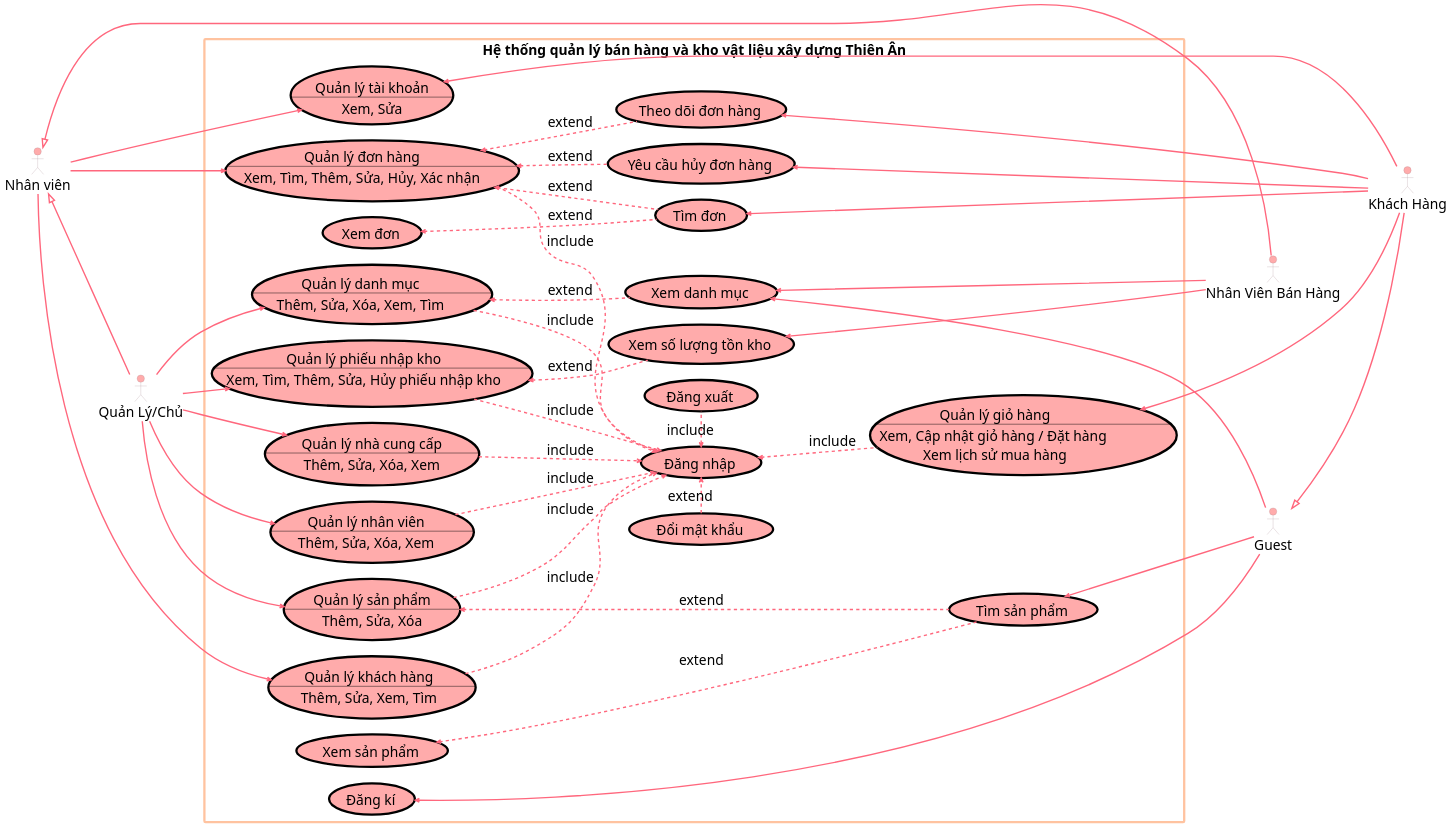
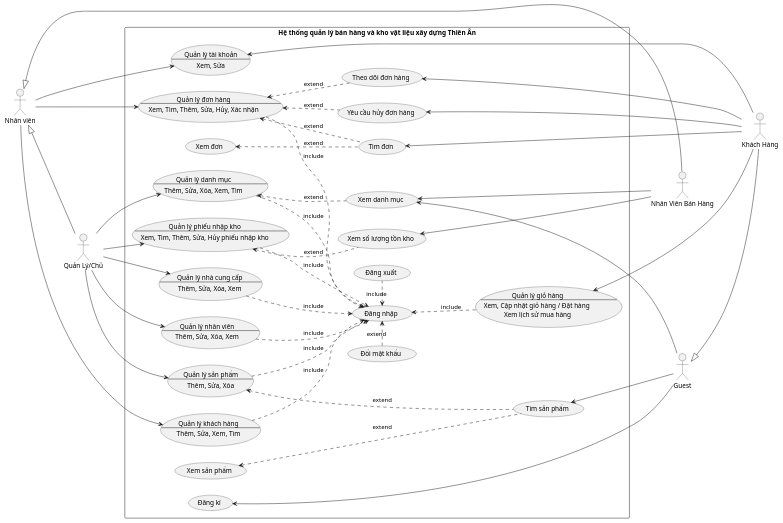
The second of 2 diagrams in assets/plantuml/Oris/Oris-NewUC.puml (ThanhdatOris/LAB2211), drawn with PlantUML before and after one commit. The commit also changed other lines of this file, not shown here.

```diff
--- a/assets/plantuml/Oris/Oris-NewUC.puml
+++ b/assets/plantuml/Oris/Oris-NewUC.puml
@@ -203,194 +200,160 @@
 @startuml
 
 skinparam shadowing false
-skinparam defaultFontName Montserrat
-skinparam defaultFontSize 30
-skinparam titleFontSize 50
-skinparam ArrowThickness 3
-skinparam ArrowMessageAlignment center
-skinparam ArrowHeadColor #FF677D
-
-
-skinparam note {
-    BackgroundColor #FFDDC1
-    BorderColor #FFABAB
-    FontName Montserrat
-}
-skinparam usecase {
-    BackgroundColor #FFABAB
-    BorderColor #000
-    ArrowColor #FF677D
-    FontName Montserrat
-    BorderThickness 5
-}
-skinparam actor {
-    BackgroundColor #FFABAB
-    BorderColor #A28089
-    FontName "Montserrat BLack"
-    
-}
-
-skinparam rectangle {
-    FontName "Montserrat BLack"
-    BorderColor #FFC3A0
-    BorderThickness 5
-    ArrowColor #FF677D
-}
-
 left to right direction
 
 '------------- Actor -------------
 
 actor "Nhân viên" as NV
 actor "Quản Lý/Chủ" as NVQL
 actor "Nhân Viên Bán Hàng" as NVBH
 actor "Guest" as GUEST
 actor "Khách Hàng" as KH
 
     '----------- Kế thừa -----------
 
     ' NVQL --|> NV
     NV <|-- NVQL
     ' NVBH --|> NV
     NV <|-- NVBH
     ' KH --|> GUEST
     GUEST <|-- KH
 
 '------------- Boundary -------------
 
 rectangle "Hệ thống quản lý bán hàng và kho vật liệu xây dựng Thiên Ân" {
 
     '>>>>>>>>>>>>>>> Khai báo >>>>>>>>>>>>>>>
 
     '------------- UceeCase Tổng quát -------------
 
     'Quản lý Tài khoản
     Usecase QLTK as "Quản lý tài khoản
     --
     Xem, Sửa"
 
     'Quản lý Danh mục
     Usecase QLDM as "Quản lý danh mục
     --
     Thêm, Sửa, Xóa, Xem, Tìm"
 
     'Quản lý Kho hàng
     Usecase QLKHO as "Quản lý phiếu nhập kho
     --
     Xem, Tìm, Thêm, Sửa, Hủy phiếu nhập kho"
 
     'Quản lý Nhân viên
     Usecase QLNV as "Quản lý nhân viên
     --
     Thêm, Sửa, Xóa, Xem"
 
     'Quản lý Nhà cung cấp
     Usecase QLNCC as "Quản lý nhà cung cấp
     --
     Thêm, Sửa, Xóa, Xem"
 
     'Quản lý Đơn hàng
     Usecase QLDH as "Quản lý đơn hàng
     --
     Xem, Tìm, Thêm, Sửa, Hủy, Xác nhận"
 
     'Quản lý Sản phẩm
     Usecase QLSP as "Quản lý sản phẩm
     --
     Thêm, Sửa, Xóa"
 
     'Quản lý Giỏ hàng
     Usecase QLGH as "Quản lý giỏ hàng
     --
     Xem, Cập nhật giỏ hàng / Đặt hàng \nXem lịch sử mua hàng"
 
     'Quản lý Khách hàng
     Usecase QLKH as "Quản lý khách hàng
     --
     Thêm, Sửa, Xem, Tìm"
 
     '------------- UceeCase Chi tiết -------------
 
     (Xem danh mục) as XEM_DMSP
     (Xem số lượng tồn kho) as XEM_HANG
     (Tìm đơn) as TIM_DH
     (Xem đơn) as XEM_DH
     (Theo dõi đơn hàng) as THEO_DOI_DH
     (Yêu cầu hủy đơn hàng) as YCHUY_DH
     (Xem sản phẩm) as XEM_SP
     (Tìm sản phẩm) as TIM_SP
     
     (Đăng xuất) as Logout
     (Đăng nhập) as Login
     (Đăng kí) as SignUp
     (Đổi mật khẩu) as ChangePass
 
     '>>>>>>>>>>>>>>> Hướng >>>>>>>>>>>>>>
 
     Login <. Logout: include
     ChangePass .> Login : extend
     
     'Tất cả các usecase đều include Login
     QLDM ..> Login : include
     QLDH ..> Login : include
     QLSP ..> Login : include
     QLNCC ..> Login : include
     QLKH ..> Login : include
     QLNV ..> Login : include
     QLKHO ..> Login : include
     Login <.. QLGH: include
 
     '----------- Nhân viên (Parent) -----------
     
     NV --> QLDH
     NV --> QLTK
     NV --> QLKH
 
     '----------- Quản lý -----------
 
     NVQL --> QLDM
     NVQL --> QLKHO
     NVQL --> QLNV
     NVQL --> QLNCC
     NVQL --> QLSP
 
     'Sản phẩm
     QLSP <... TIM_SP: extend
 
     'Danh mục sp
     QLDM <.. XEM_DMSP: extend
 
     'Kho hàng
     QLKHO <.. XEM_HANG  : extend
 
     'Đơn hàng
     QLDH <.. TIM_DH: extend
 
     '----------- Nhân Viên Bán Hàng -----------
 
     ' NVBH ---> XEM_HANG
     ' NVBH --> XEM_DMSP
 
     XEM_HANG <--- NVBH
     XEM_DMSP <--- NVBH
 
     '----------- Khách Hàng -----------
 
     SignUp <- GUEST
     TIM_SP <-- GUEST
     XEM_DMSP <-- GUEST
 
     XEM_SP <... TIM_SP: extend
     XEM_DH <.. TIM_DH: extend
 
     QLDH <.. YCHUY_DH: extend
     QLDH <.. THEO_DOI_DH: extend
 
     QLGH <-- KH
     QLTK <- KH
     YCHUY_DH <-- KH
     THEO_DOI_DH <-- KH
     TIM_DH <-- KH
 }
 
 @enduml
```
